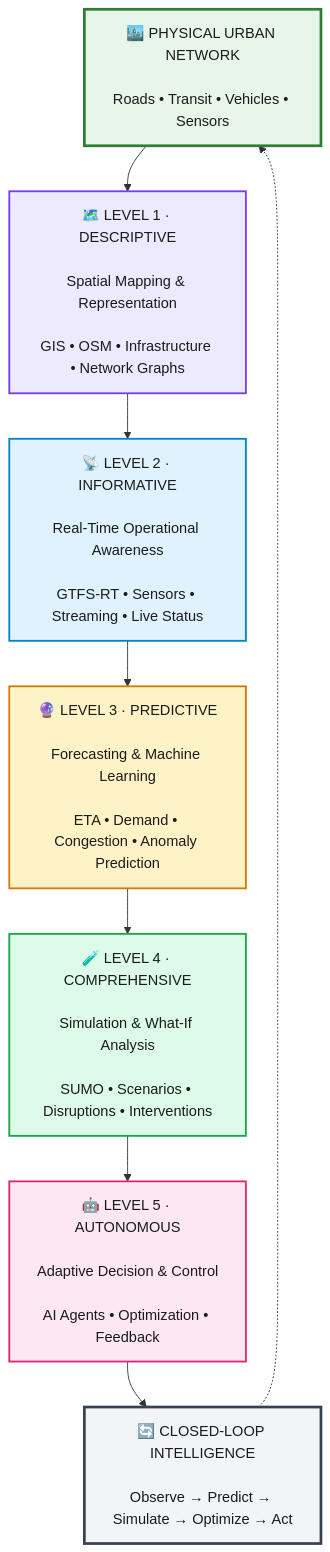
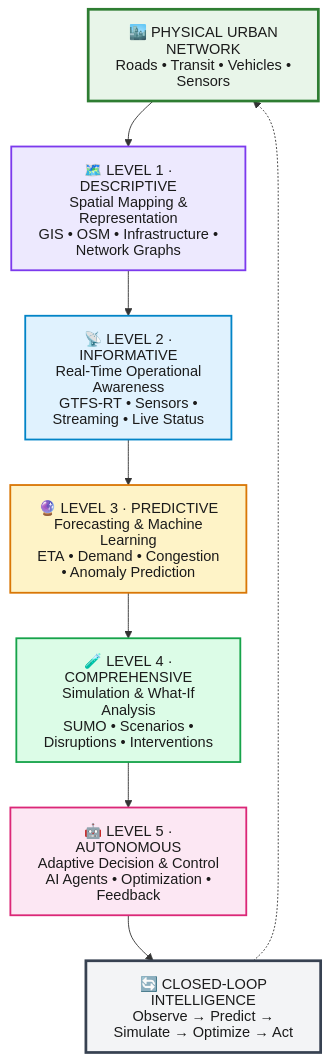
The first of 5 diagrams in README.md (phamdps/transport-digital-twin), drawn with Mermaid before and after one commit. The commit also changed other lines of this file, not shown here.

Commit message:
add Roadmap

````diff
--- a/README.md
+++ b/README.md
@@ -46,41 +46,57 @@
 ```mermaid
+---
+config:
+  htmlLabels: false
+---
 flowchart TB
 
-    CITY["🏙️ PHYSICAL URBAN NETWORK<br/><br/>Roads • Transit • Vehicles • Sensors"]
+    CITY["🏙️ PHYSICAL URBAN NETWORK
+Roads • Transit • Vehicles • Sensors"]
 
-    L1["🗺️ LEVEL 1 · DESCRIPTIVE<br/><br/>Spatial Mapping & Representation<br/><br/>GIS • OSM • Infrastructure • Network Graphs"]
+    L1["🗺️ LEVEL 1 · DESCRIPTIVE
+Spatial Mapping & Representation
+GIS • OSM • Infrastructure • Network Graphs"]
 
-    L2["📡 LEVEL 2 · INFORMATIVE<br/><br/>Real-Time Operational Awareness<br/><br/>GTFS-RT • Sensors • Streaming • Live Status"]
+    L2["📡 LEVEL 2 · INFORMATIVE
+Real-Time Operational Awareness
+GTFS-RT • Sensors • Streaming • Live Status"]
 
-    L3["🔮 LEVEL 3 · PREDICTIVE<br/><br/>Forecasting & Machine Learning<br/><br/>ETA • Demand • Congestion • Anomaly Prediction"]
+    L3["🔮 LEVEL 3 · PREDICTIVE
+Forecasting & Machine Learning
+ETA • Demand • Congestion • Anomaly Prediction"]
 
-    L4["🧪 LEVEL 4 · COMPREHENSIVE<br/><br/>Simulation & What-If Analysis<br/><br/>SUMO • Scenarios • Disruptions • Interventions"]
+    L4["🧪 LEVEL 4 · COMPREHENSIVE
+Simulation & What-If Analysis
+SUMO • Scenarios • Disruptions • Interventions"]
 
-    L5["🤖 LEVEL 5 · AUTONOMOUS<br/><br/>Adaptive Decision & Control<br/><br/>AI Agents • Optimization • Feedback"]
+    L5["🤖 LEVEL 5 · AUTONOMOUS
+Adaptive Decision & Control
+AI Agents • Optimization • Feedback"]
 
-    LOOP["🔄 CLOSED-LOOP INTELLIGENCE<br/><br/>Observe → Predict → Simulate → Optimize → Act"]
+    LOOP["🔄 CLOSED-LOOP INTELLIGENCE
+Observe → Predict → Simulate → Optimize → Act"]
 
     CITY --> L1
     L1 --> L2
     L2 --> L3
     L3 --> L4
     L4 --> L5
     L5 --> LOOP
     LOOP -.-> CITY
 
     classDef physical fill:#e8f5e9,stroke:#2e7d32,stroke-width:3px,color:#1b1b1b;
     classDef level1 fill:#ede9fe,stroke:#7c3aed,stroke-width:2px,color:#1b1b1b;
     classDef level2 fill:#e0f2fe,stroke:#0284c7,stroke-width:2px,color:#1b1b1b;
     classDef level3 fill:#fef3c7,stroke:#d97706,stroke-width:2px,color:#1b1b1b;
     classDef level4 fill:#dcfce7,stroke:#16a34a,stroke-width:2px,color:#1b1b1b;
     classDef level5 fill:#fce7f3,stroke:#db2777,stroke-width:2px,color:#1b1b1b;
     classDef loop fill:#f3f4f6,stroke:#374151,stroke-width:3px,color:#1b1b1b;
 
     class CITY physical;
     class L1 level1;
     class L2 level2;
     class L3 level3;
     class L4 level4;
     class L5 level5;
     class LOOP loop;
 ```
````
